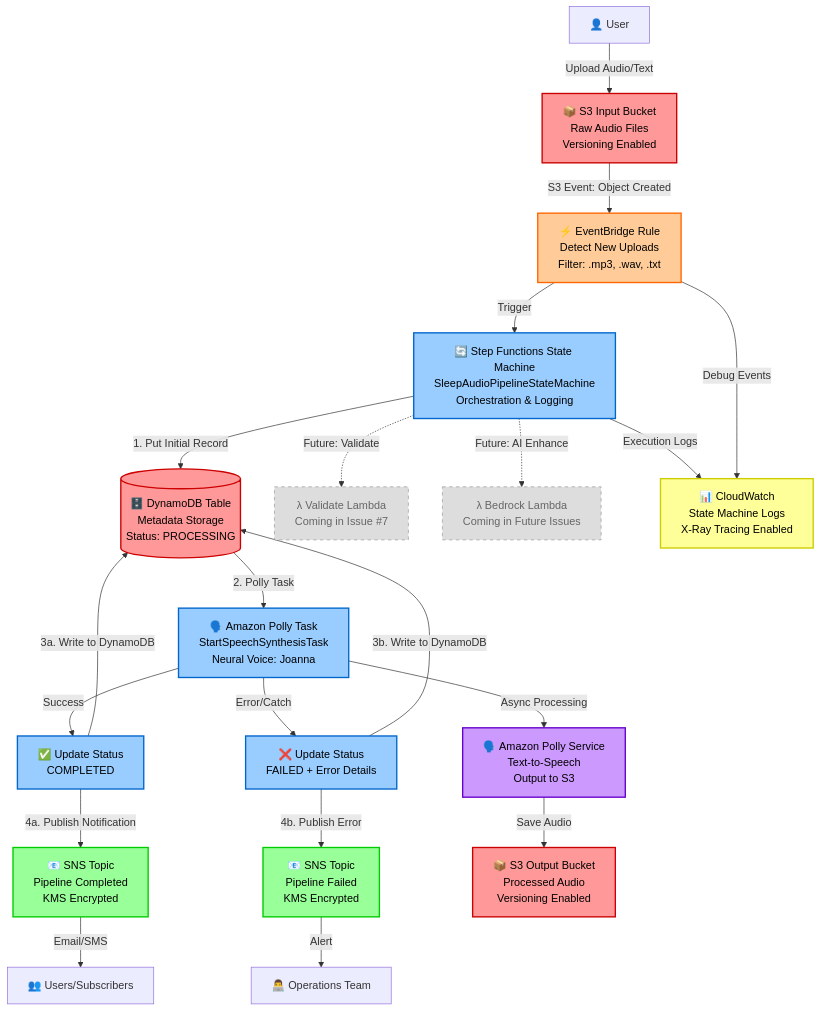
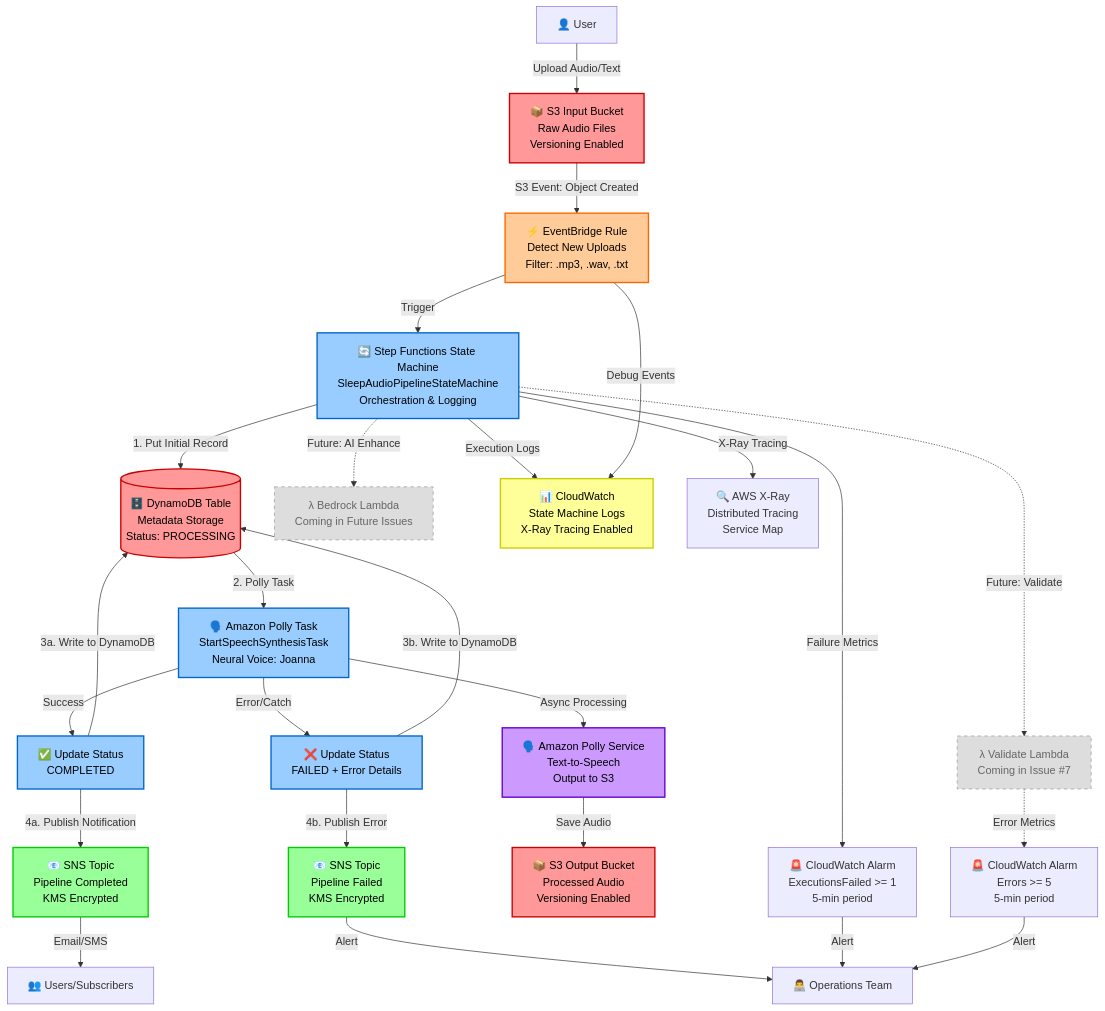
Before and after one commit to obstreperous-ai/cdk-sleep-py-qdev: the diagram in ARCHITECTURE.md, drawn with Mermaid. The commit also changed other lines of this file and 3 other files, not shown here.

First line of the commit message:
[skip ci] feat: add advanced error handling, retry policies, and observability

````diff
--- a/ARCHITECTURE.md
+++ b/ARCHITECTURE.md
@@ -24,63 +24,71 @@
 ```mermaid
 flowchart TD
     %% User Input
     User[👤 User] -->|Upload Audio/Text| InputBucket[📦 S3 Input Bucket<br/>Raw Audio Files<br/>Versioning Enabled]
     
     %% Event Detection
     InputBucket -->|S3 Event: Object Created| EventBridge[⚡ EventBridge Rule<br/>Detect New Uploads<br/>Filter: .mp3, .wav, .txt]
     
     %% Orchestration
     EventBridge -->|Trigger| StepFunctions[🔄 Step Functions State Machine<br/>SleepAudioPipelineStateMachine<br/>Orchestration & Logging]
     
     %% Metadata Storage (Issue #5)
     StepFunctions -->|1. Put Initial Record| DynamoDB[(🗄️ DynamoDB Table<br/>Metadata Storage<br/>Status: PROCESSING)]
     
     %% Processing Task (Issue #4)
     DynamoDB -->|2. Polly Task| PollyTask[🗣️ Amazon Polly Task<br/>StartSpeechSynthesisTask<br/>Neural Voice: Joanna]
     
     PollyTask -->|Success| UpdateCompleted[✅ Update Status<br/>COMPLETED]
     PollyTask -->|Error/Catch| UpdateFailed[❌ Update Status<br/>FAILED + Error Details]
     
     %% Success Path (Issue #6)
     UpdateCompleted -->|3a. Write to DynamoDB| DynamoDB
     UpdateCompleted -->|4a. Publish Notification| SNSCompleted[📧 SNS Topic<br/>Pipeline Completed<br/>KMS Encrypted]
     
     %% Error Path (Issue #6)
     UpdateFailed -->|3b. Write to DynamoDB| DynamoDB
     UpdateFailed -->|4b. Publish Error| SNSFailed[📧 SNS Topic<br/>Pipeline Failed<br/>KMS Encrypted]
     
     %% Output Storage
     PollyTask -->|Async Processing| Polly[🗣️ Amazon Polly Service<br/>Text-to-Speech<br/>Output to S3]
     Polly -->|Save Audio| OutputBucket[📦 S3 Output Bucket<br/>Processed Audio<br/>Versioning Enabled]
     
     %% Notifications to Users/Ops
     SNSCompleted -->|Email/SMS| Users[👥 Users/Subscribers]
     SNSFailed -->|Alert| OpsTeam[👨‍💻 Operations Team]
     
     %% Future Processing Tasks (Placeholder)
     StepFunctions -.->|Future: Validate| ValidateLambda[λ Validate Lambda<br/>Coming in Issue #7]
     StepFunctions -.->|Future: AI Enhance| BedrockLambda[λ Bedrock Lambda<br/>Coming in Future Issues]
     
     %% Observability
     StepFunctions -->|Execution Logs| CloudWatch[📊 CloudWatch<br/>State Machine Logs<br/>X-Ray Tracing Enabled]
+    %% Observability & Monitoring (Issue #10)
+    StepFunctions -->|X-Ray Tracing| XRay[🔍 AWS X-Ray<br/>Distributed Tracing<br/>Service Map]
+    StepFunctions -->|Failure Metrics| StateMachineAlarm[🚨 CloudWatch Alarm<br/>ExecutionsFailed >= 1<br/>5-min period]
+    ValidateLambda -.->|Error Metrics| LambdaAlarm[🚨 CloudWatch Alarm<br/>Errors >= 5<br/>5-min period]
+    StateMachineAlarm -->|Alert| OpsTeam
+    LambdaAlarm -->|Alert| OpsTeam
+    
     EventBridge -->|Debug Events| CloudWatch
     
     %% Styling
     classDef storage fill:#FF9999,stroke:#CC0000,stroke-width:2px,color:#000
     classDef compute fill:#99CCFF,stroke:#0066CC,stroke-width:2px,color:#000
     classDef ai fill:#CC99FF,stroke:#6600CC,stroke-width:2px,color:#000
     classDef event fill:#FFCC99,stroke:#FF6600,stroke-width:2px,color:#000
     classDef monitoring fill:#FFFF99,stroke:#CCCC00,stroke-width:2px,color:#000
     classDef notification fill:#99FF99,stroke:#00CC00,stroke-width:2px,color:#000
     classDef status fill:#FFB3BA,stroke:#FF6B6B,stroke-width:2px,color:#000
     classDef future fill:#DDDDDD,stroke:#999999,stroke-width:1px,color:#666,stroke-dasharray: 5 5
     
     class InputBucket,OutputBucket storage
     class DynamoDB storage
     class StepFunctions,PollyTask,UpdateCompleted,UpdateFailed compute
+    classDef alarm fill:#FF6666,stroke:#CC0000,stroke-width:2px,color:#FFF
     class Polly ai
     class EventBridge event
     class CloudWatch monitoring
     class SNSCompleted,SNSFailed notification
     class ValidateLambda,BedrockLambda future
 ```
````
